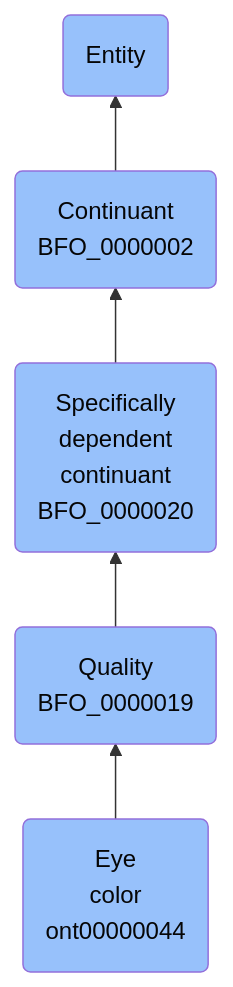
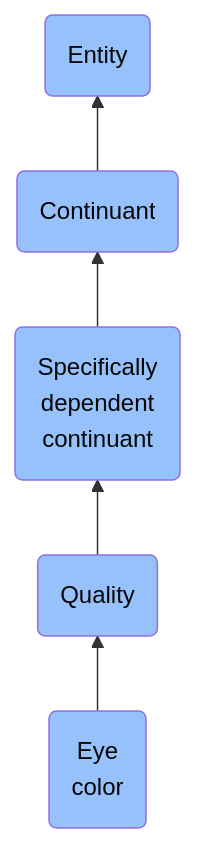
Before and after one commit to jupyter-naas/abi: the diagram in docs/ontology/reference/model/Entity/Continuant/Specifically dependent continuant/Quality/Eye color/Eye color.md, drawn with Mermaid. The commit also changed other lines of this file and 1430 other files, not shown here.

````diff
--- a/docs/ontology/reference/model/Entity/Continuant/Specifically dependent continuant/Quality/Eye color/Eye color.md
+++ b/docs/ontology/reference/model/Entity/Continuant/Specifically dependent continuant/Quality/Eye color/Eye color.md
@@ -24,12 +24,12 @@
 ```mermaid
 graph BT
-    ont00000044(Eye<br>color<br>ont00000044):::BFO-->BFO_0000019
-    BFO_0000019(Quality<br>BFO_0000019):::BFO-->BFO_0000020
-    BFO_0000020(Specifically<br>dependent<br>continuant<br>BFO_0000020):::BFO-->BFO_0000002
-    BFO_0000002(Continuant<br>BFO_0000002):::BFO-->BFO_0000001
+    ont00000044(Eye<br>color):::BFO-->BFO_0000019
+    BFO_0000019(Quality):::BFO-->BFO_0000020
+    BFO_0000020(Specifically<br>dependent<br>continuant):::BFO-->BFO_0000002
+    BFO_0000002(Continuant):::BFO-->BFO_0000001
     BFO_0000001(Entity):::BFO
     
     classDef BFO fill:#97c1fb,color:#060606
     classDef CCO fill:#e4c51e,color:#060606
     classDef ABI fill:#48DD82,color:#060606
 ```
````
